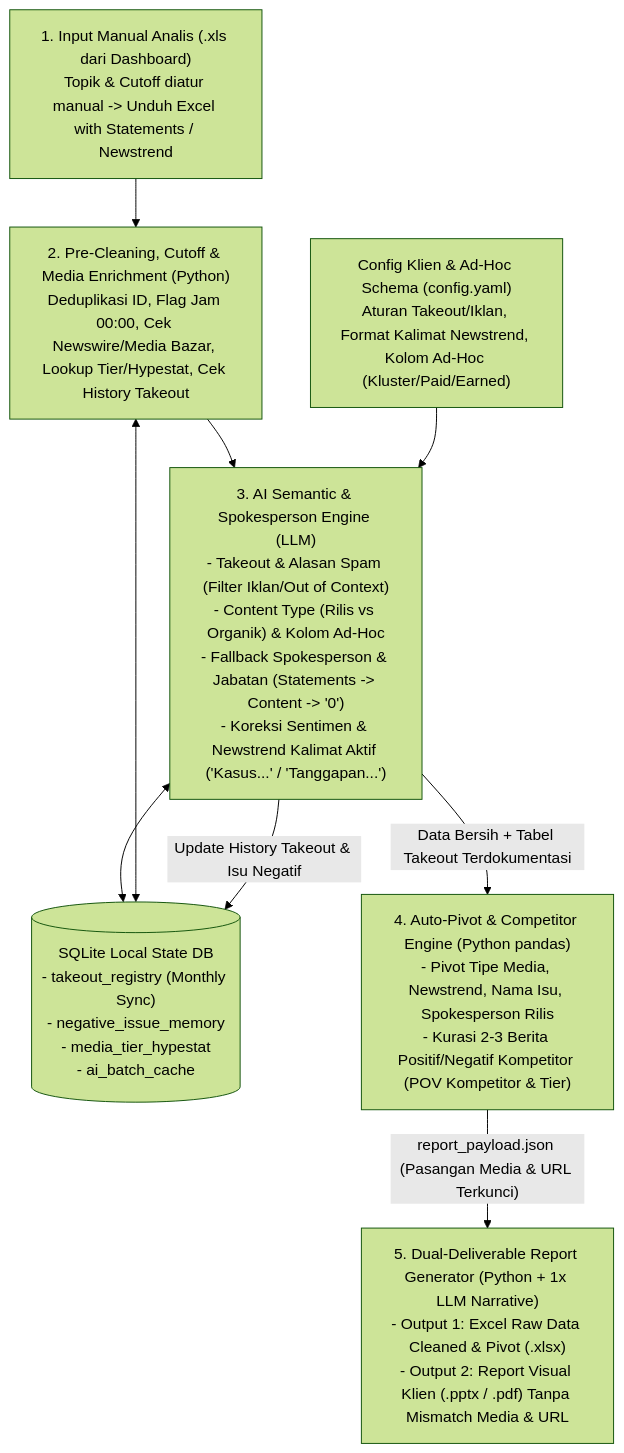
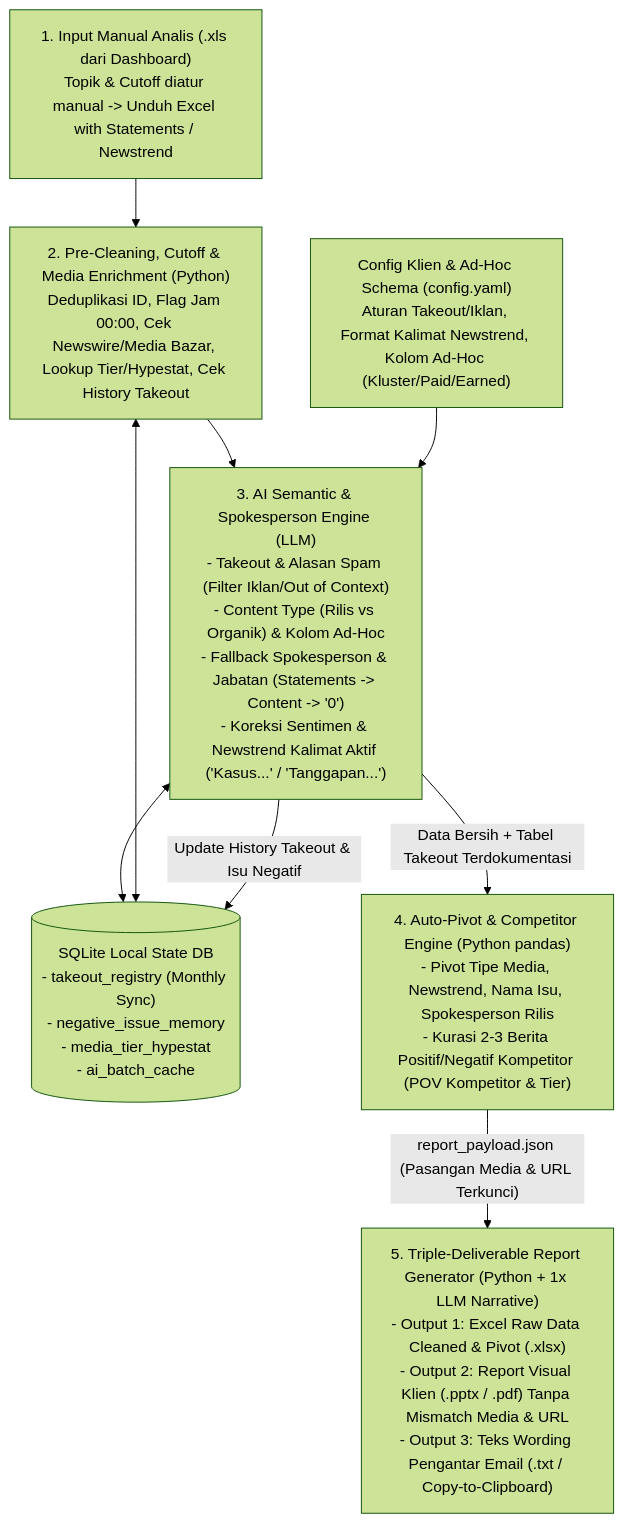
The second of 2 diagrams in docs/phase-1-requirements/SRS.md (Rambu464/automation-report), drawn with Mermaid (forest theme) before and after one commit. The commit also changed other lines of this file and 3 other files, not shown here.

Commit message:
docs: add Triple Deliverables with Wording, custom media tier, and DeepSeek cost basis

````diff
--- a/docs/phase-1-requirements/SRS.md
+++ b/docs/phase-1-requirements/SRS.md
@@ -98,15 +98,15 @@
 ```mermaid
 flowchart TD
     ManualDownload["1. Input Manual Analis (.xls dari Dashboard)<br/>Topik & Cutoff diatur manual -> Unduh Excel with Statements / Newstrend"] --> PreClean["2. Pre-Cleaning, Cutoff & Media Enrichment (Python)<br/>Deduplikasi ID, Flag Jam 00:00, Cek Newswire/Media Bazar, Lookup Tier/Hypestat, Cek History Takeout"]
 
     SQLiteDB[("SQLite Local State DB<br/>- takeout_registry (Monthly Sync)<br/>- negative_issue_memory<br/>- media_tier_hypestat<br/>- ai_batch_cache")] <--> PreClean
     ConfigKlien["Config Klien & Ad-Hoc Schema (config.yaml)<br/>Aturan Takeout/Iklan, Format Kalimat Newstrend, Kolom Ad-Hoc (Kluster/Paid/Earned)"] --> AI_Engine
 
     PreClean --> AI_Engine["3. AI Semantic & Spokesperson Engine (LLM)<br/>- Takeout & Alasan Spam (Filter Iklan/Out of Context)<br/>- Content Type (Rilis vs Organik) & Kolom Ad-Hoc<br/>- Fallback Spokesperson & Jabatan (Statements -> Content -> '0')<br/>- Koreksi Sentimen & Newstrend Kalimat Aktif ('Kasus...' / 'Tanggapan...')"]
     SQLiteDB <--> AI_Engine
 
     AI_Engine -->|"Update History Takeout & Isu Negatif"| SQLiteDB
     AI_Engine -->|"Data Bersih + Tabel Takeout Terdokumentasi"| AutoPivot["4. Auto-Pivot & Competitor Engine (Python pandas)<br/>- Pivot Tipe Media, Newstrend, Nama Isu, Spokesperson Rilis<br/>- Kurasi 2-3 Berita Positif/Negatif Kompetitor (POV Kompetitor & Tier)"]
 
-    AutoPivot -->|"report_payload.json (Pasangan Media & URL Terkunci)"| ReportGen["5. Dual-Deliverable Report Generator (Python + 1x LLM Narrative)<br/>- Output 1: Excel Raw Data Cleaned & Pivot (.xlsx)<br/>- Output 2: Report Visual Klien (.pptx / .pdf) Tanpa Mismatch Media & URL"]
+    AutoPivot -->|"report_payload.json (Pasangan Media & URL Terkunci)"| ReportGen["5. Triple-Deliverable Report Generator (Python + 1x LLM Narrative)<br/>- Output 1: Excel Raw Data Cleaned & Pivot (.xlsx)<br/>- Output 2: Report Visual Klien (.pptx / .pdf) Tanpa Mismatch Media & URL<br/>- Output 3: Teks Wording Pengantar Email (.txt / Copy-to-Clipboard)"]
 ```
````
